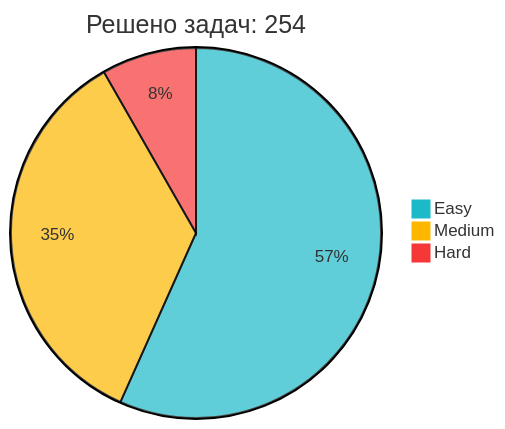
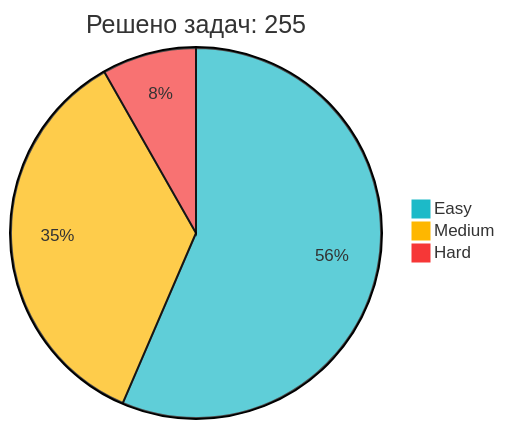
One commit to IliaKurdukov/IliaKurdukov changed the diagram in README.md. Above: the diagram before and after it, drawn with Mermaid. The commit also changed other lines of this file, not shown here.

Commit message:
📈 Обновление статистики LeetCode

````diff
--- a/README.md
+++ b/README.md
@@ -51,7 +51,7 @@
 ```mermaid
 %%{init: {'theme': 'base', 'themeVariables': { 'pie1': '#1CBAC8', 'pie2': '#FEB700', 'pie3': '#F63737' }, 'config': {'width': 300, 'height': 200}}}%%
-pie title Решено задач: 254
+pie title Решено задач: 255
    "Easy" : 144
-   "Medium" : 89
+   "Medium" : 90
    "Hard" : 21
 ```
````
